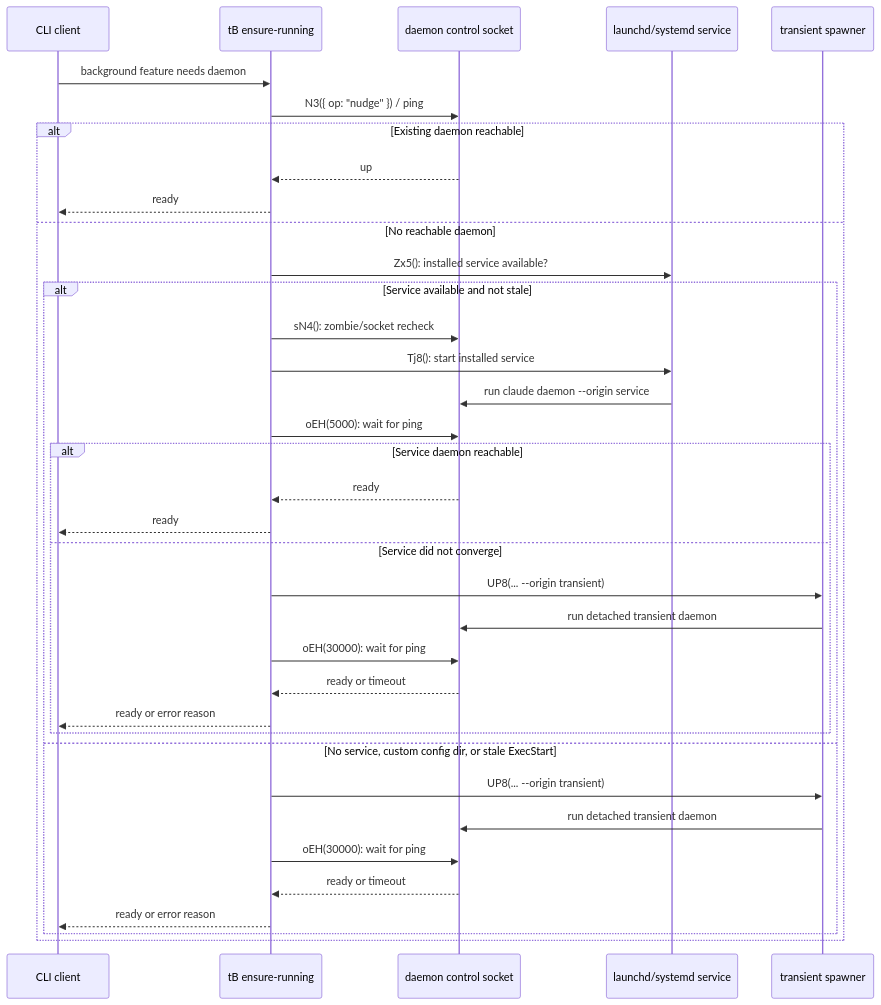
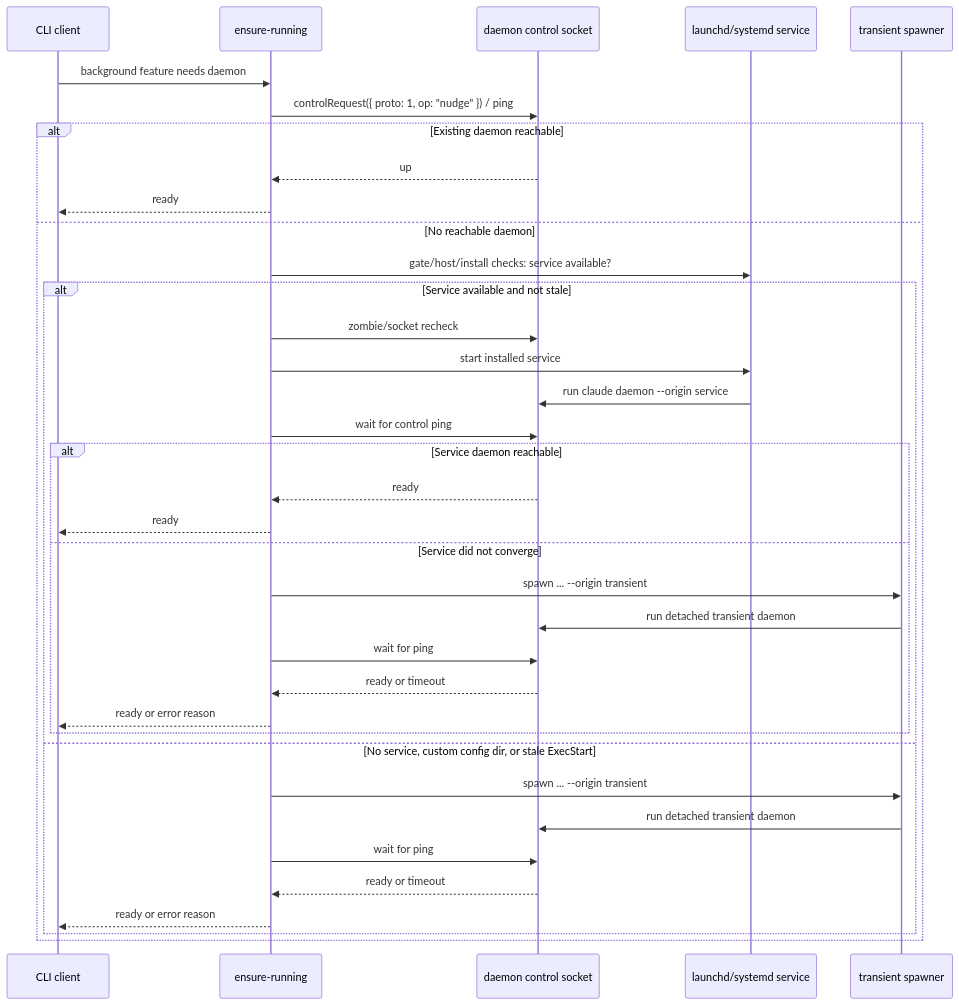
Before and after one commit to vibewatch/claude-code-internals: the fourth of 5 diagrams in docs/01-runtime-lifecycle/daemon-and-background-service.md, drawn with Mermaid. The commit also changed other lines of this file and 46 other files, not shown here.

````diff
--- a/docs/01-runtime-lifecycle/daemon-and-background-service.md
+++ b/docs/01-runtime-lifecycle/daemon-and-background-service.md
@@ -178,39 +198,39 @@
 ```mermaid
 sequenceDiagram
    participant C as CLI client
-   participant E as tB ensure-running
+   participant E as ensure-running
    participant D as daemon control socket
    participant S as launchd/systemd service
    participant T as transient spawner
 
    C->>E: background feature needs daemon
-   E->>D: N3({ op: "nudge" }) / ping
+   E->>D: controlRequest({ proto: 1, op: "nudge" }) / ping
    alt Existing daemon reachable
       D-->>E: up
       E-->>C: ready
    else No reachable daemon
-      E->>S: Zx5(): installed service available?
+      E->>S: gate/host/install checks: service available?
       alt Service available and not stale
-         E->>D: sN4(): zombie/socket recheck
-         E->>S: Tj8(): start installed service
+         E->>D: zombie/socket recheck
+         E->>S: start installed service
          S->>D: run claude daemon --origin service
-         E->>D: oEH(5000): wait for ping
+         E->>D: wait for control ping
          alt Service daemon reachable
             D-->>E: ready
             E-->>C: ready
          else Service did not converge
-            E->>T: UP8(... --origin transient)
+            E->>T: spawn ... --origin transient
             T->>D: run detached transient daemon
-            E->>D: oEH(30000): wait for ping
+            E->>D: wait for ping
             D-->>E: ready or timeout
             E-->>C: ready or error reason
          end
       else No service, custom config dir, or stale ExecStart
-         E->>T: UP8(... --origin transient)
+         E->>T: spawn ... --origin transient
          T->>D: run detached transient daemon
-         E->>D: oEH(30000): wait for ping
+         E->>D: wait for ping
          D-->>E: ready or timeout
          E-->>C: ready or error reason
       end
    end
 ```
````
